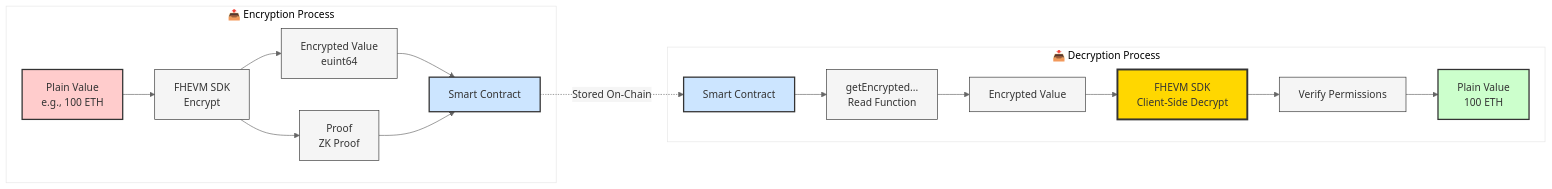
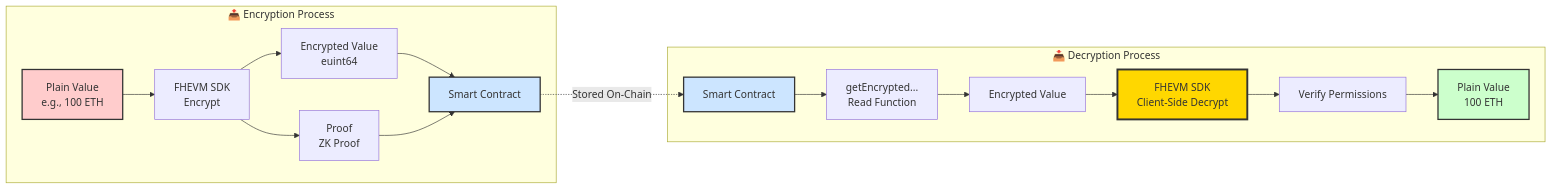
The eighth of 8 diagrams in README.md (cris-the-dev/confidental-fundraising), drawn with Mermaid before and after one commit. The commit also changed other lines of this file, not shown here.

Commit message:
chore(): update mermaid diagrams style

````diff
--- a/README.md
+++ b/README.md
@@ -327,28 +313,26 @@
 ```mermaid
-%%{init: {'theme':'base', 'themeVariables': {'primaryColor':'#f5f5f5','primaryTextColor':'#333','primaryBorderColor':'#333','lineColor':'#666','fontFamily':'Comic Sans MS, cursive, sans-serif'}}}%%
-
 graph LR
     subgraph "📤 Encryption Process"
         A[Plain Value<br/>e.g., 100 ETH] --> B[FHEVM SDK<br/>Encrypt]
         B --> C[Encrypted Value<br/>euint64]
         B --> D[Proof<br/>ZK Proof]
         C --> E[Smart Contract]
         D --> E
     end
 
     subgraph "📥 Decryption Process"
         F[Smart Contract] --> G[getEncrypted...<br/>Read Function]
         G --> H[Encrypted Value]
         H --> I[FHEVM SDK<br/>Client-Side Decrypt]
         I --> J[Verify Permissions]
         J --> K[Plain Value<br/>100 ETH]
     end
 
     E -.Stored On-Chain.-> F
 
     style A fill:#ffcccc,stroke:#333,stroke-width:2px
     style K fill:#ccffcc,stroke:#333,stroke-width:2px
     style E fill:#cce5ff,stroke:#333,stroke-width:2px
     style F fill:#cce5ff,stroke:#333,stroke-width:2px
     style I fill:#ffd700,stroke:#333,stroke-width:3px
 ```
````
